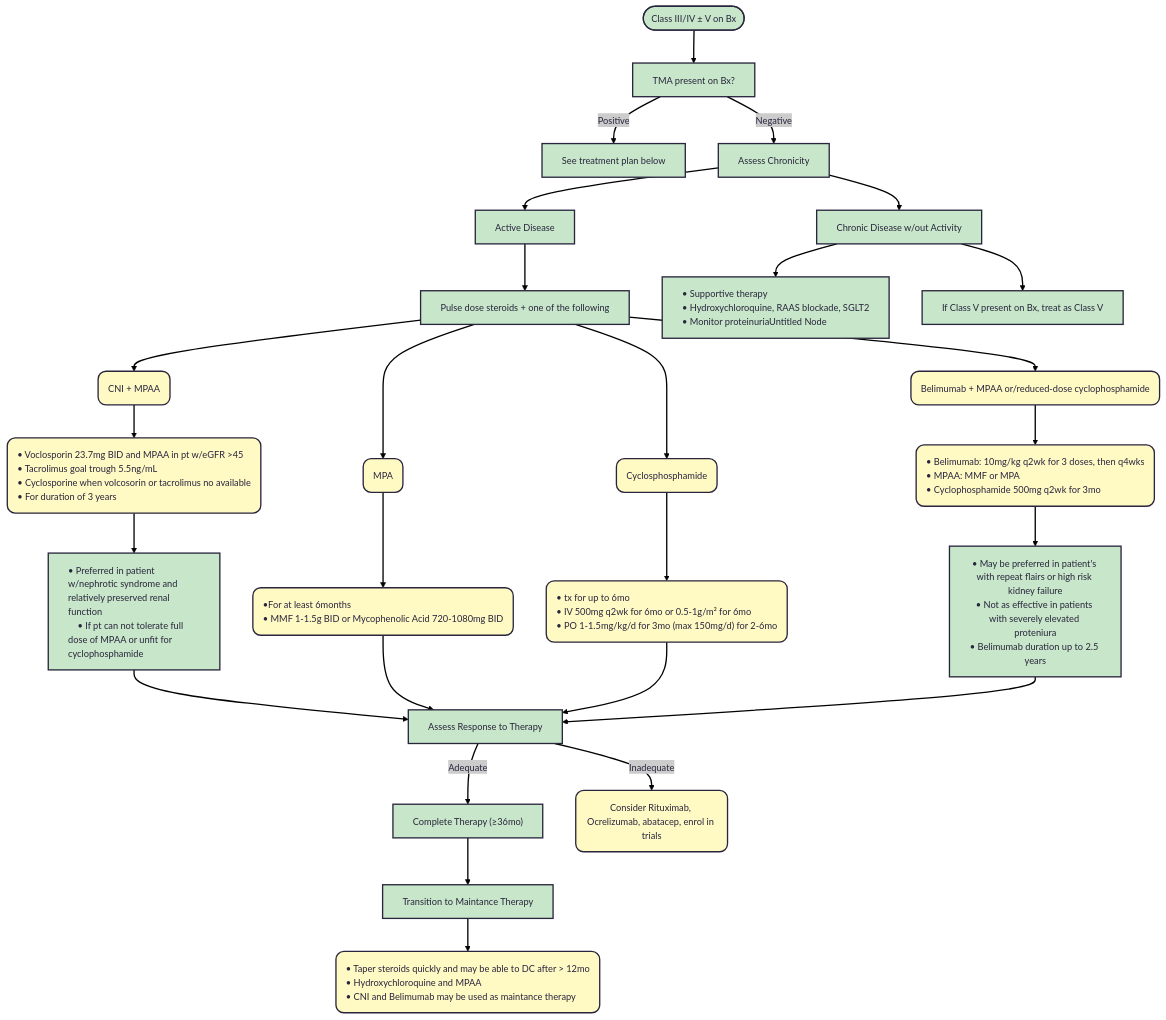
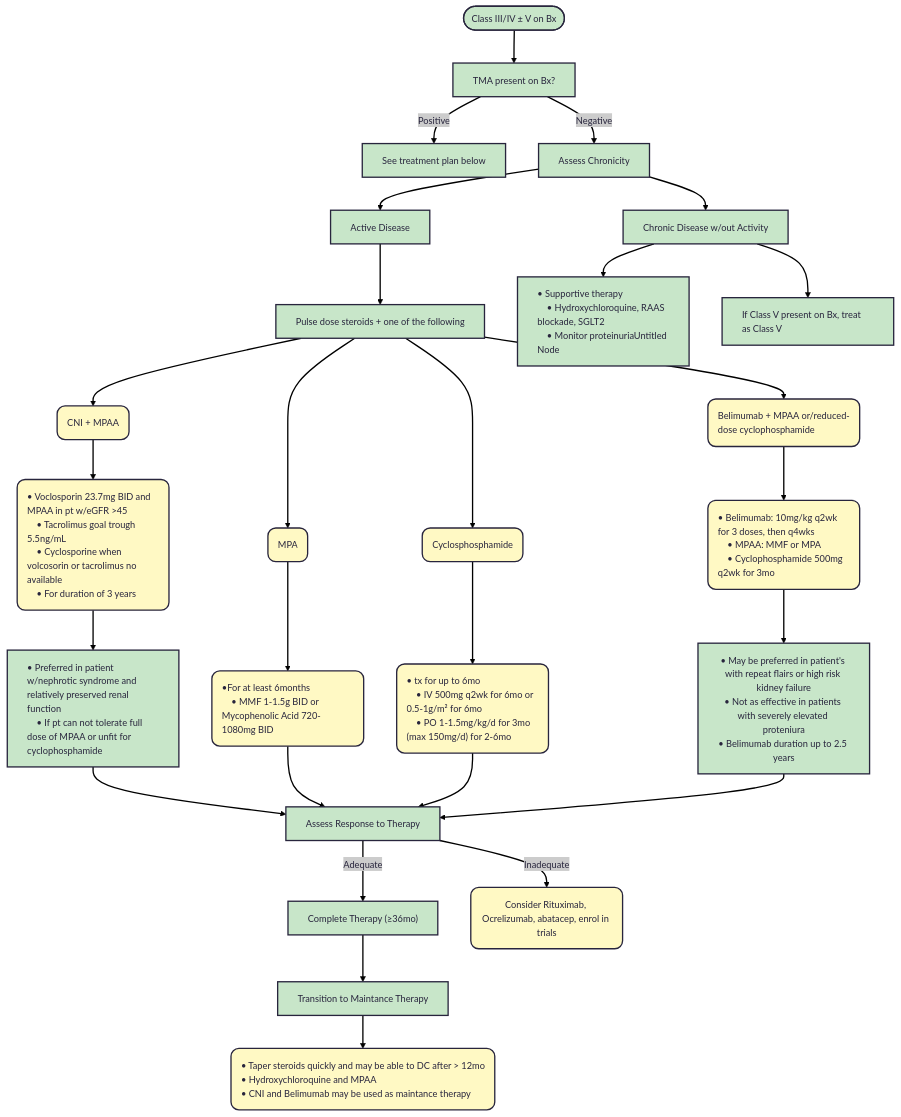
Before and after one commit to TTUNEPH2025/GN: the second of 2 diagrams in docs/Lupus.md, drawn with Mermaid.

````diff
--- a/docs/Lupus.md
+++ b/docs/Lupus.md
@@ -120,75 +120,75 @@
 ```mermaid
 ---
 config:
   theme: redux
 ---
 flowchart TB
     A(["Class III/IV ± V on Bx"]) --> n1["TMA present on Bx?"]
     n1 -- Positive --> n2["See treatment plan below"]
     n1 -- Negative --> n3["Assess Chronicity"]
     n3 --> n4["Active Disease"] & n5["Chronic Disease w/out Activity"]
     n4 --> n6["Pulse dose steroids + one of the following"]
     n5 --> n7["• Supportive therapy 
     • Hydroxychloroquine, RAAS blockade, SGLT2
     • Monitor proteinuriaUntitled Node"] & n8["If Class V present on Bx, treat as Class V"]
     n6 --> n9["CNI + MPAA"] & n10["MPA"] & n11["Cyclosphosphamide"] & n12["Belimumab + MPAA or/reduced-dose cyclophosphamide"]
     n9 --> n13["• Voclosporin 23.7mg BID and MPAA in pt w/eGFR &gt;45
     • Tacrolimus goal trough 5.5ng/mL 
     • Cyclosporine when volcosorin or tacrolimus no available
     • For duration of 3 years"]
     n10 --> n14["•For at least 6months
     • MMF 1-1.5g BID or Mycophenolic Acid 720-1080mg BID"]
     n11 --> n15["• tx for up to 6mo
     • IV 500mg q2wk for 6mo or 0.5-1g/m² for 6mo
     • PO 1-1.5mg/kg/d for 3mo (max 150mg/d) for 2-6mo"]
     n12 --> n16["• Belimumab: 10mg/kg q2wk for 3 doses, then q4wks
     • MPAA: MMF or MPA
     • Cyclophosphamide 500mg q2wk for 3mo"]
     n13 --> n17["• Preferred in patient w/nephrotic syndrome and relatively preserved renal function
     • If pt can not tolerate full dose of MPAA or unfit for cyclophosphamide"]
     n16 --> n18@{ label: "• May be preferred in patient's with repeat flairs or high risk kidney failure\n    • Not as effective in patients with severely elevated proteniura<br/>• Belimumab duration up to 2.5 years" }
     n17 --> n19["Assess Response to Therapy"]
     n14 --> n19
     n15 --> n19
     n18 --> n19
     n19 -- Adequate --> n20["Complete Therapy (≥36mo)"]
     n19 -- Inadequate --> n21["Consider Rituximab, Ocrelizumab, abatacep, enrol in trials"]
     n20 --> n22["Transition to Maintance Therapy"]
     n22 --> n23["• Taper steroids quickly and may be able to DC after > 12mo
     • Hydroxychloroquine and MPAA
     • CNI and Belimumab may be used as maintance therapy"]
     n9@{ shape: rounded}
     n10@{ shape: rounded}
     n11@{ shape: rounded}
     n12@{ shape: rounded}
     n13@{ shape: rounded}
     n14@{ shape: rounded}
     n15@{ shape: rounded}
     n16@{ shape: rounded}
     n21@{ shape: rounded}
     n23@{ shape: rounded}
     style A fill:#C8E6C9
     style n1 fill:#C8E6C9
     style n2 fill:#C8E6C9
     style n3 fill:#C8E6C9
     style n4 fill:#C8E6C9
     style n5 fill:#C8E6C9
     style n6 fill:#C8E6C9,white-space:nowrap
-    style n7 fill:#C8E6C9,text-align:left,white-space:nowrap
-    style n8 fill:#C8E6C9,text-align:left,white-space:nowrap
-    style n9 fill:#FFF9C4,text-align:left,white-space:nowrap
-    style n10 fill:#FFF9C4,text-align:left,white-space:nowrap
-    style n11 fill:#FFF9C4,text-align:left,white-space:nowrap
-    style n12 fill:#FFF9C4,text-align:left,white-space:nowrap
-    style n13 fill:#FFF9C4,text-align:left,white-space:nowrap
-    style n14 fill:#FFF9C4,text-align:left,white-space:nowrap
-    style n15 fill:#FFF9C4,text-align:left,white-space:nowrap
-    style n16 fill:#FFF9C4,text-align:left,white-space:nowrap
+    style n7 fill:#C8E6C9,text-align:left
+    style n8 fill:#C8E6C9,text-align:left
+    style n9 fill:#FFF9C4,text-align:left
+    style n10 fill:#FFF9C4,text-align:left
+    style n11 fill:#FFF9C4,text-align:left
+    style n12 fill:#FFF9C4,text-align:left
+    style n13 fill:#FFF9C4,text-align:left
+    style n14 fill:#FFF9C4,text-align:left
+    style n15 fill:#FFF9C4,text-align:left
+    style n16 fill:#FFF9C4,text-align:left
     style n17 fill:#C8E6C9,text-align:left
     style n18 fill:#C8E6C9
     style n19 fill:#C8E6C9
     style n20 fill:#C8E6C9
     style n21 fill:#FFF9C4
     style n22 fill:#C8E6C9,text-align:left,white-space:nowrap
     style n23 fill:#FFF9C4,text-align:left,white-space:nowrap
 ```
````
